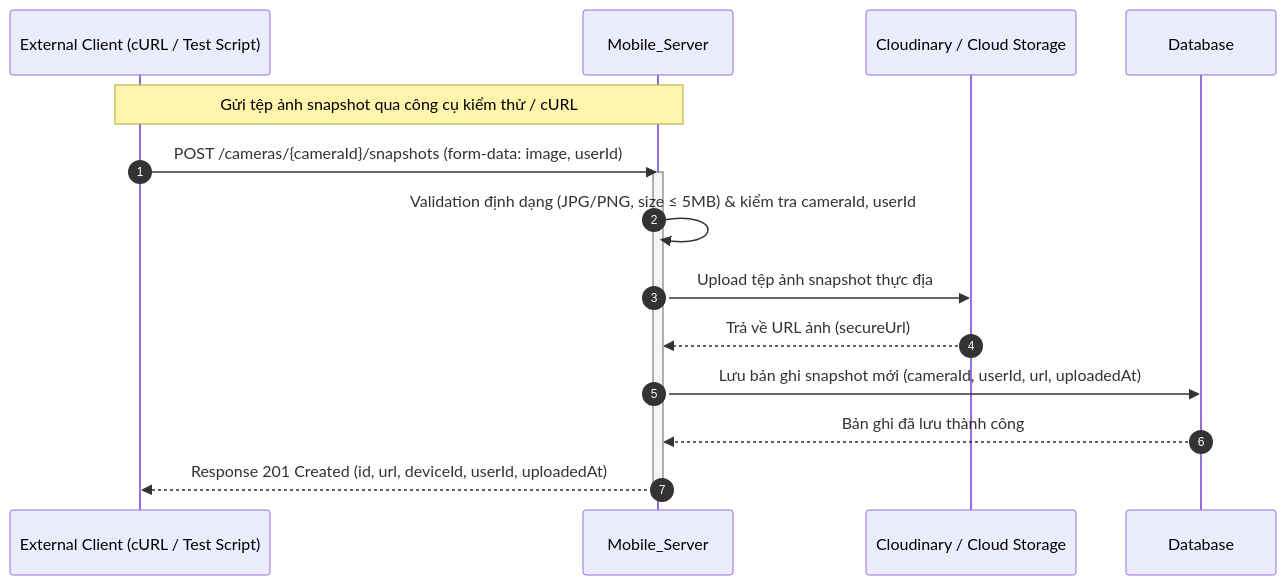
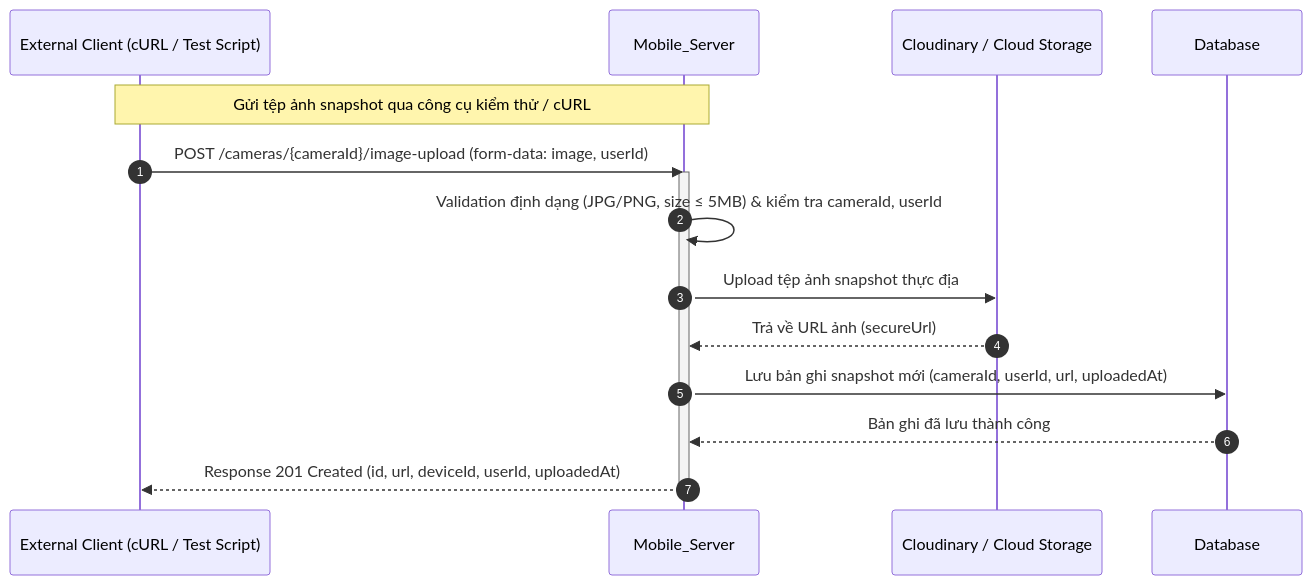
One commit to trungnguyenthien/Wildlife-Warning-and-Deterrence-System changed diagram 21 of 21 in docs/04-sequence-diagram.md. Above: the diagram before and after it, drawn with Mermaid. The commit also changed other lines of this file and 8 other files, not shown here.

Commit message:
refactor: rename snapshot upload endpoint and controller to image upload for consistency across API documentation and implementation

````diff
--- a/docs/04-sequence-diagram.md
+++ b/docs/04-sequence-diagram.md
@@ -869,19 +869,19 @@
 ```mermaid
 sequenceDiagram
     autonumber
     participant Client_Test as External Client (cURL / Test Script)
     participant Mobile_Server as Mobile_Server
     participant Cloudinary as Cloudinary / Cloud Storage
     participant Database as Database
 
     Note over Client_Test, Mobile_Server: Gửi tệp ảnh snapshot qua công cụ kiểm thử / cURL
-    Client_Test->>Mobile_Server: POST /cameras/{cameraId}/snapshots (form-data: image, userId)
+    Client_Test->>Mobile_Server: POST /cameras/{cameraId}/image-upload (form-data: image, userId)
     activate Mobile_Server
     Mobile_Server->>Mobile_Server: Validation định dạng (JPG/PNG, size ≤ 5MB) & kiểm tra cameraId, userId
     Mobile_Server->>Cloudinary: Upload tệp ảnh snapshot thực địa
     Cloudinary-->>Mobile_Server: Trả về URL ảnh (secureUrl)
     Mobile_Server->>Database: Lưu bản ghi snapshot mới (cameraId, userId, url, uploadedAt)
     Database-->>Mobile_Server: Bản ghi đã lưu thành công
     Mobile_Server-->>Client_Test: Response 201 Created (id, url, deviceId, userId, uploadedAt)
     deactivate Mobile_Server
 ```
````
